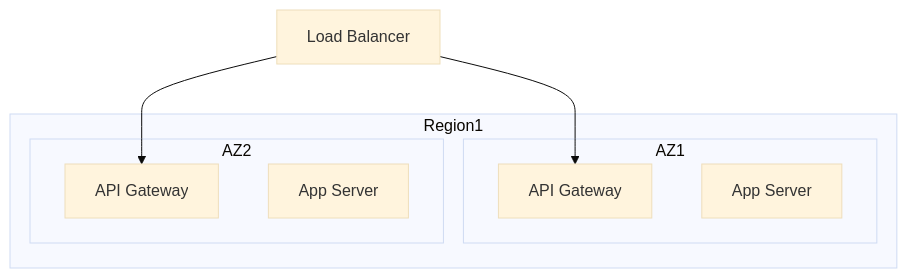
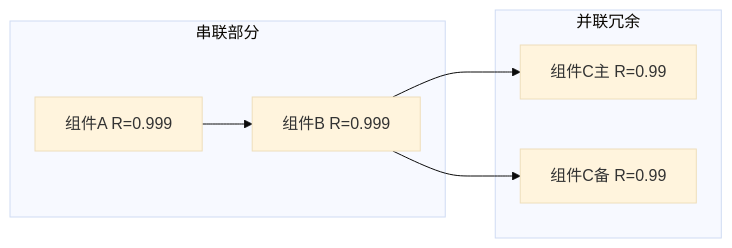
One commit to aiimoyu/hyper-designer changed the third of 3 diagrams in src/skills/hyper-designer/functional-design/references/system-design.md. Above: the diagram before and after it, drawn with Mermaid (base theme). The commit also changed other lines of this file and 4 other files, not shown here.

````diff
--- a/src/skills/hyper-designer/functional-design/references/system-design.md
+++ b/src/skills/hyper-designer/functional-design/references/system-design.md
@@ -518,15 +614,14 @@
 ```mermaid
-graph TD
-    subgraph Region1
-        subgraph AZ1
-            API1[API Gateway]
-            App1[App Server]
-        end
-        subgraph AZ2
-            API2[API Gateway]
-            App2[App Server]
-        end
+graph LR
+    subgraph 串联部分
+        A[组件A R=0.999] --> B[组件B R=0.999]
     end
-    LB[Load Balancer] --> API1
-    LB --> API2
+    
+    subgraph 并联冗余
+        C1[组件C主 R=0.99]
+        C2[组件C备 R=0.99]
+    end
+    
+    B --> C1
+    B --> C2
 ```
````
